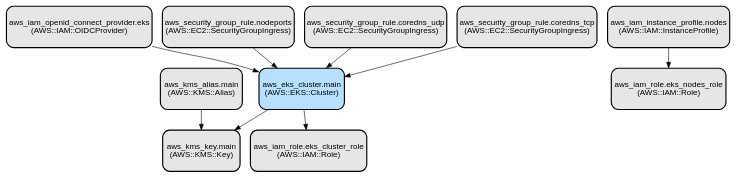
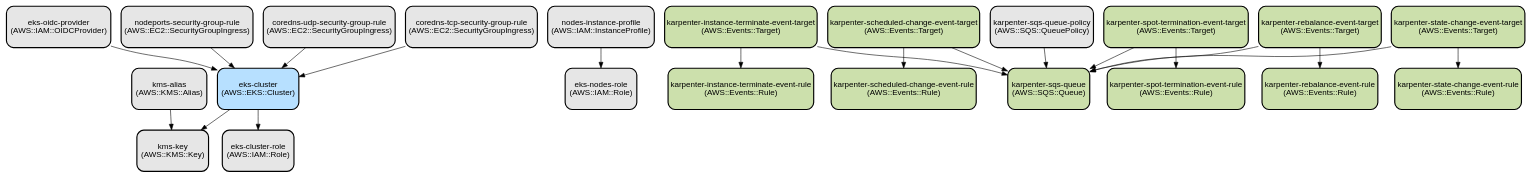
One commit to cquinta/eks-vanilla changed the diagram in docs/infra.dot. Above: the diagram before and after it, drawn with Graphviz. The commit also changed 2 other files, not shown here.

Commit message:
karpenter-groupless Readme

```diff
--- a/docs/infra.dot
+++ b/docs/infra.dot
@@ -1,31 +1,66 @@
 digraph INFRA {
   node [ color = "black", fillcolor = "#E6E6E6", height =1, style = "filled,bold,rounded", fontname = "Arial" ];
-  "aws_eks_cluster.main" [ label = "aws_eks_cluster.main
+  "eks-cluster" [ label = "eks-cluster
 (AWS::EKS::Cluster)", shape =rectangle, fillcolor = "#B7E0FF" ];
-  "aws_iam_role.eks_cluster_role" [ label = "aws_iam_role.eks_cluster_role
+  "eks-cluster-role" [ label = "eks-cluster-role
 (AWS::IAM::Role)", shape =rectangle ];
-  "aws_iam_role.eks_nodes_role" [ label = "aws_iam_role.eks_nodes_role
+  "eks-nodes-role" [ label = "eks-nodes-role
 (AWS::IAM::Role)", shape =rectangle ];
-  "aws_iam_instance_profile.nodes" [ label = "aws_iam_instance_profile.nodes
+  "nodes-instance-profile" [ label = "nodes-instance-profile
 (AWS::IAM::InstanceProfile)", shape =rectangle ];
-  "aws_kms_key.main" [ label = "aws_kms_key.main
+  "kms-key" [ label = "kms-key
 (AWS::KMS::Key)", shape =rectangle ];
-  "aws_kms_alias.main" [ label = "aws_kms_alias.main
+  "kms-alias" [ label = "kms-alias
 (AWS::KMS::Alias)", shape =rectangle ];
-  "aws_iam_openid_connect_provider.eks" [ label = "aws_iam_openid_connect_provider.eks
+  "eks-oidc-provider" [ label = "eks-oidc-provider
 (AWS::IAM::OIDCProvider)", shape =rectangle ];
-  "aws_security_group_rule.nodeports" [ label = "aws_security_group_rule.nodeports
+  "nodeports-security-group-rule" [ label = "nodeports-security-group-rule
 (AWS::EC2::SecurityGroupIngress)", shape =rectangle ];
-  "aws_security_group_rule.coredns_udp" [ label = "aws_security_group_rule.coredns_udp
+  "coredns-udp-security-group-rule" [ label = "coredns-udp-security-group-rule
 (AWS::EC2::SecurityGroupIngress)", shape =rectangle ];
-  "aws_security_group_rule.coredns_tcp" [ label = "aws_security_group_rule.coredns_tcp
+  "coredns-tcp-security-group-rule" [ label = "coredns-tcp-security-group-rule
 (AWS::EC2::SecurityGroupIngress)", shape =rectangle ];
-  "aws_eks_cluster.main" -> "aws_iam_role.eks_cluster_role";
-  "aws_eks_cluster.main" -> "aws_kms_key.main";
-  "aws_iam_instance_profile.nodes" -> "aws_iam_role.eks_nodes_role";
-  "aws_kms_alias.main" -> "aws_kms_key.main";
-  "aws_iam_openid_connect_provider.eks" -> "aws_eks_cluster.main";
-  "aws_security_group_rule.nodeports" -> "aws_eks_cluster.main";
-  "aws_security_group_rule.coredns_udp" -> "aws_eks_cluster.main";
-  "aws_security_group_rule.coredns_tcp" -> "aws_eks_cluster.main";
+  "karpenter-sqs-queue" [ label = "karpenter-sqs-queue
+(AWS::SQS::Queue)", shape =rectangle, fillcolor = "#CCE0AC" ];
+  "karpenter-sqs-queue-policy" [ label = "karpenter-sqs-queue-policy
+(AWS::SQS::QueuePolicy)", shape =rectangle ];
+  "karpenter-instance-terminate-event-rule" [ label = "karpenter-instance-terminate-event-rule
+(AWS::Events::Rule)", shape =rectangle, fillcolor = "#CCE0AC" ];
+  "karpenter-instance-terminate-event-target" [ label = "karpenter-instance-terminate-event-target
+(AWS::Events::Target)", shape =rectangle, fillcolor = "#CCE0AC" ];
+  "karpenter-scheduled-change-event-rule" [ label = "karpenter-scheduled-change-event-rule
+(AWS::Events::Rule)", shape =rectangle, fillcolor = "#CCE0AC" ];
+  "karpenter-scheduled-change-event-target" [ label = "karpenter-scheduled-change-event-target
+(AWS::Events::Target)", shape =rectangle, fillcolor = "#CCE0AC" ];
+  "karpenter-spot-termination-event-rule" [ label = "karpenter-spot-termination-event-rule
+(AWS::Events::Rule)", shape =rectangle, fillcolor = "#CCE0AC" ];
+  "karpenter-spot-termination-event-target" [ label = "karpenter-spot-termination-event-target
+(AWS::Events::Target)", shape =rectangle, fillcolor = "#CCE0AC" ];
+  "karpenter-rebalance-event-rule" [ label = "karpenter-rebalance-event-rule
+(AWS::Events::Rule)", shape =rectangle, fillcolor = "#CCE0AC" ];
+  "karpenter-rebalance-event-target" [ label = "karpenter-rebalance-event-target
+(AWS::Events::Target)", shape =rectangle, fillcolor = "#CCE0AC" ];
+  "karpenter-state-change-event-rule" [ label = "karpenter-state-change-event-rule
+(AWS::Events::Rule)", shape =rectangle, fillcolor = "#CCE0AC" ];
+  "karpenter-state-change-event-target" [ label = "karpenter-state-change-event-target
+(AWS::Events::Target)", shape =rectangle, fillcolor = "#CCE0AC" ];
+  "eks-cluster" -> "eks-cluster-role";
+  "eks-cluster" -> "kms-key";
+  "nodes-instance-profile" -> "eks-nodes-role";
+  "kms-alias" -> "kms-key";
+  "eks-oidc-provider" -> "eks-cluster";
+  "nodeports-security-group-rule" -> "eks-cluster";
+  "coredns-udp-security-group-rule" -> "eks-cluster";
+  "coredns-tcp-security-group-rule" -> "eks-cluster";
+  "karpenter-sqs-queue-policy" -> "karpenter-sqs-queue";
+  "karpenter-instance-terminate-event-target" -> "karpenter-instance-terminate-event-rule";
+  "karpenter-instance-terminate-event-target" -> "karpenter-sqs-queue";
+  "karpenter-scheduled-change-event-target" -> "karpenter-scheduled-change-event-rule";
+  "karpenter-scheduled-change-event-target" -> "karpenter-sqs-queue";
+  "karpenter-spot-termination-event-target" -> "karpenter-spot-termination-event-rule";
+  "karpenter-spot-termination-event-target" -> "karpenter-sqs-queue";
+  "karpenter-rebalance-event-target" -> "karpenter-rebalance-event-rule";
+  "karpenter-rebalance-event-target" -> "karpenter-sqs-queue";
+  "karpenter-state-change-event-target" -> "karpenter-state-change-event-rule";
+  "karpenter-state-change-event-target" -> "karpenter-sqs-queue";
 }
```
